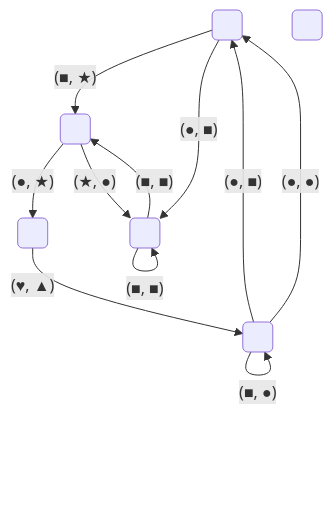
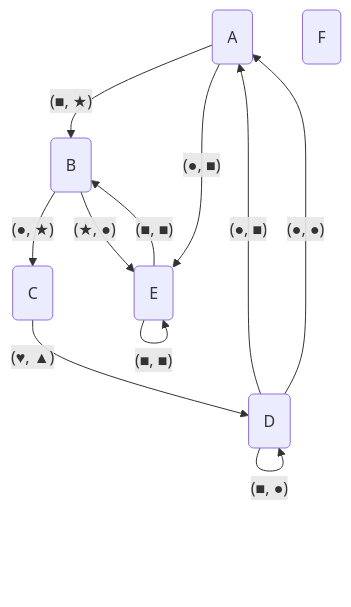
Before and after one commit to flexflow/FlexFlow: the third of 4 diagrams in lib/utils/include/utils/graph/README.md, drawn with Mermaid. The commit also changed other lines of this file, not shown here.

First line of the commit message:
Label Chart Elements

````diff
--- a/lib/utils/include/utils/graph/README.md
+++ b/lib/utils/include/utils/graph/README.md
@@ -59,20 +59,20 @@
 ```mermaid
 flowchart TD
-    A(" ")
-    B(" ")
-    C(" ")
-    D(" ")
-    E(" ")
-    F(" ")
+    A("A")
+    B("B")
+    C("C")
+    D("D")
+    E("E")
+    F("F")
 
     A -->|"(&#x25A0, &#x2605)"| B
     B -->|"(&#x25CF, &#x2605)"| C
     C -->|"(&#x2665, &#x25B2)"| D
     D -->|"(&#x25CF, &#x25A0)"| A
     B -->|"(&#x2605, &#x25CF)"| E 
     E -->|"(&#x25A0, &#x25A0)"| B
     D -->|"(&#x25CF, &#x25CF)"| A
     A -->|"(&#x25CF, &#x25A0)"| E
     D -->|"(&#x25A0, &#x25CF)"| D 
     E -->|"(&#x25A0, &#x25A0)"| E
 ```
````
